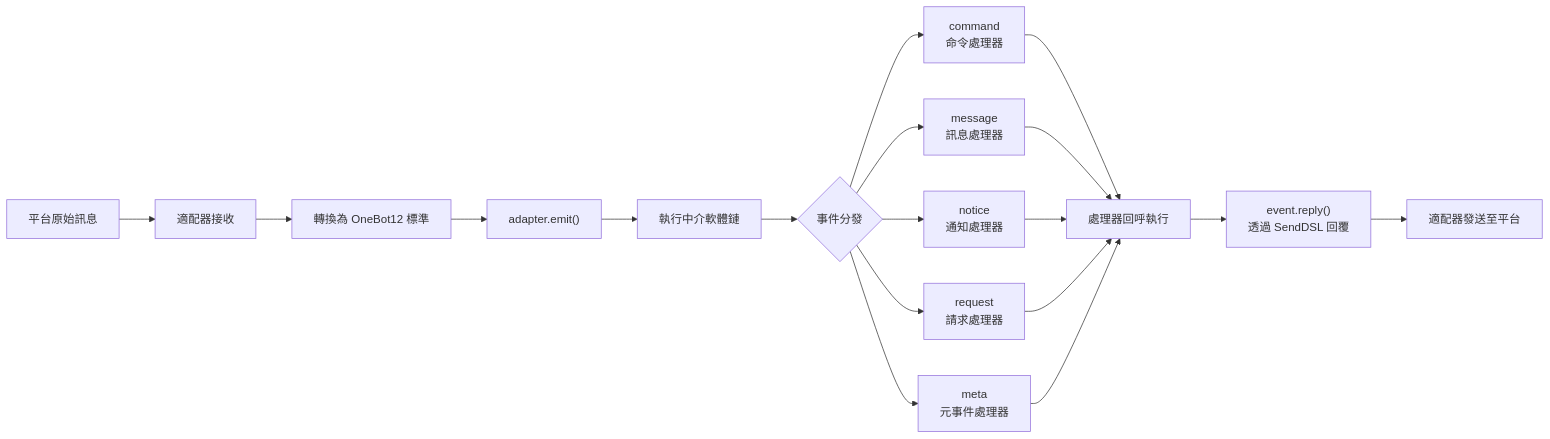
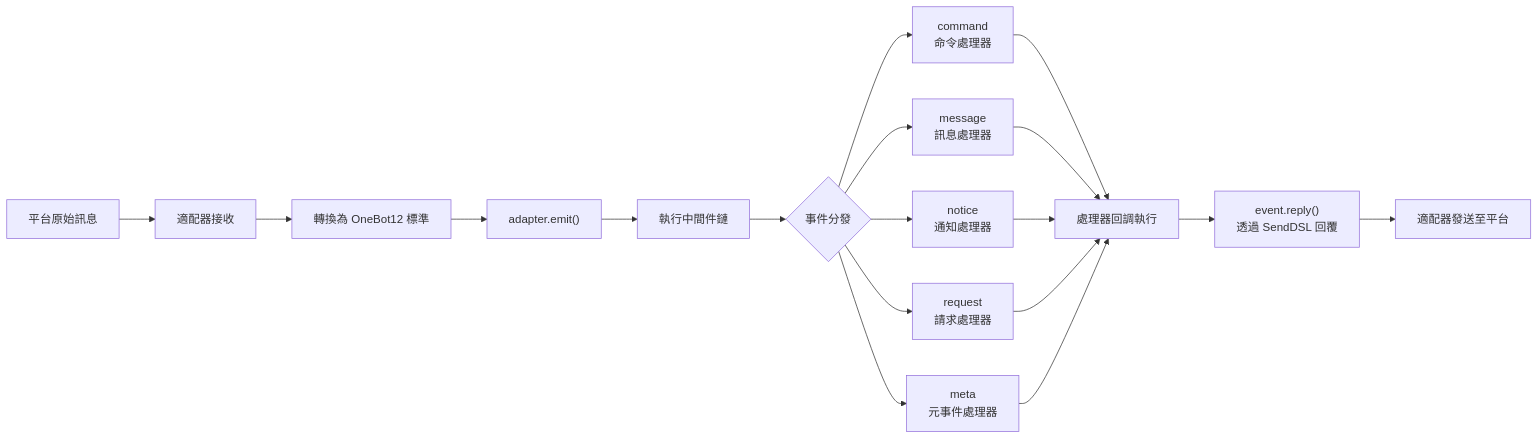
The third of 6 diagrams in docs/zh-TW/architecture.md (ErisPulse/ErisPulse), drawn with Mermaid before and after one commit. The commit also changed other lines of this file and 251 other files, not shown here.

````diff
--- a/docs/zh-TW/architecture.md
+++ b/docs/zh-TW/architecture.md
@@ -96,16 +100,16 @@
 ```mermaid
 flowchart LR
     A["平台原始訊息"] --> B["適配器接收"]
     B --> C["轉換為 OneBot12 標準"]
     C --> D["adapter.emit()"]
-    D --> E["執行中介軟體鏈"]
+    D --> E["執行中間件鏈"]
     E --> F{"事件分發"}
     F --> G1["command<br/>命令處理器"]
     F --> G2["message<br/>訊息處理器"]
     F --> G3["notice<br/>通知處理器"]
     F --> G4["request<br/>請求處理器"]
     F --> G5["meta<br/>元事件處理器"]
-    G1 & G2 & G3 & G4 & G5 --> H["處理器回呼執行"]
+    G1 & G2 & G3 & G4 & G5 --> H["處理器回調執行"]
     H --> I["event.reply()<br/>透過 SendDSL 回覆"]
     I --> J["適配器發送至平台"]
 ```
````
